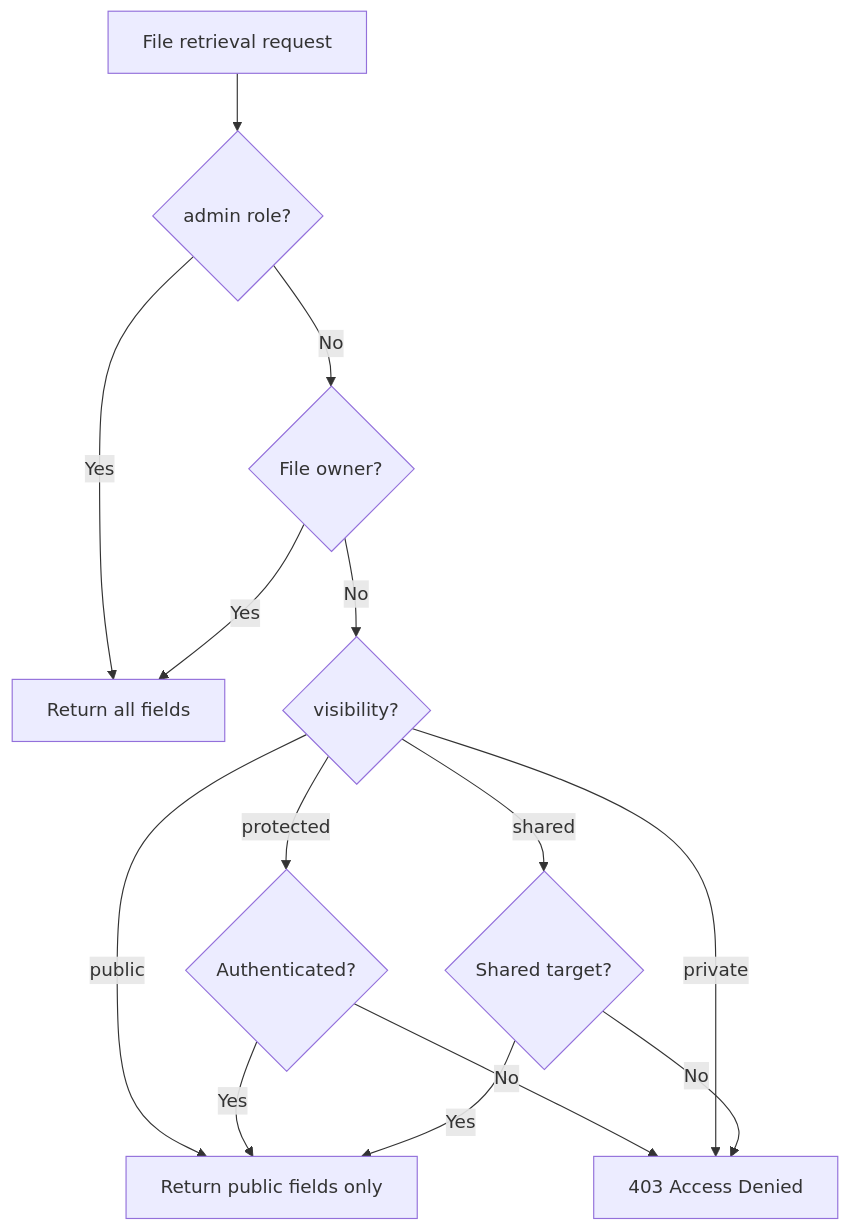
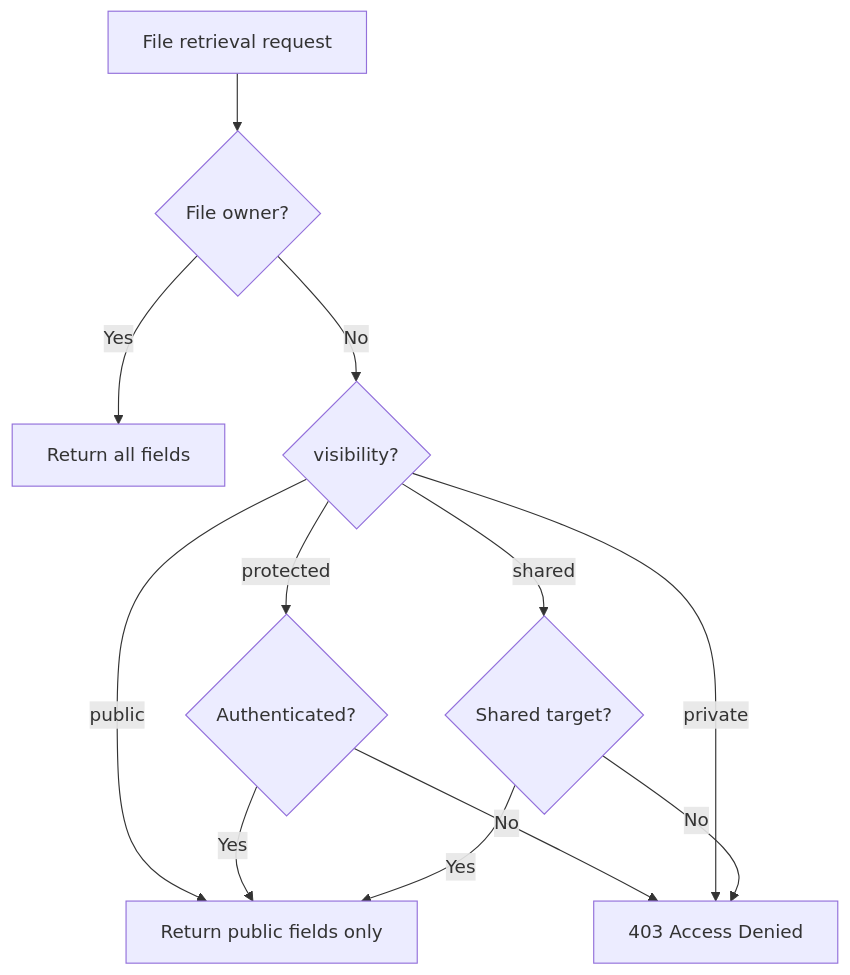
The diagram in en/storage/08-permissions.md (popup-studio-ai/bkend-docs), drawn with Mermaid before and after one commit. The commit also changed other lines of this file and 424 other files, not shown here.

````diff
--- a/en/storage/08-permissions.md
+++ b/en/storage/08-permissions.md
@@ -78,16 +78,14 @@
 ```mermaid
 flowchart TD
-    A[File retrieval request] --> B{admin role?}
-    B -->|Yes| C[Return all fields]
-    B -->|No| D{File owner?}
-    D -->|Yes| C
+    A[File retrieval request] --> D{File owner?}
+    D -->|Yes| C[Return all fields]
     D -->|No| E{visibility?}
     E -->|public| F[Return public fields only]
     E -->|protected| G{Authenticated?}
     G -->|Yes| F
     G -->|No| H[403 Access Denied]
     E -->|private| H
     E -->|shared| I{Shared target?}
     I -->|Yes| F
     I -->|No| H
 ```
````
